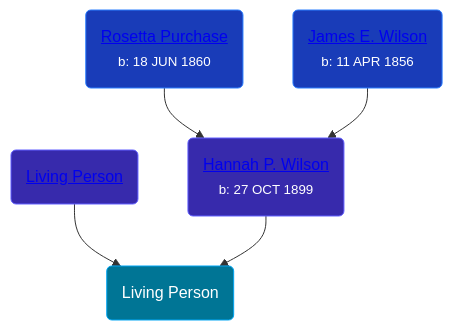
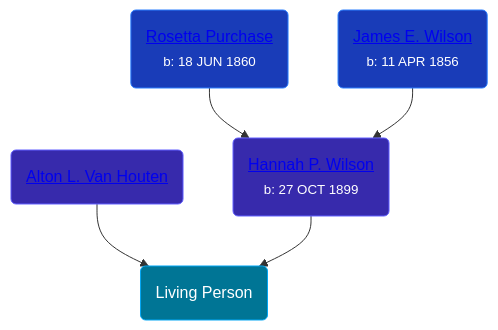
The diagram in pages/people/7/71073164.md (wpmgotkh/wpmgotkh.github.io), drawn with Mermaid before and after one commit. The commit also changed other lines of this file and 586 other files, not shown here.

Commit message:
feat: better shouldConsiderPersonLiving algo

````diff
--- a/pages/people/7/71073164.md
+++ b/pages/people/7/71073164.md
@@ -10,11 +10,11 @@
 ```mermaid
 graph
 classDef grands fill:#193cb8,stroke:#2b7fff,stroke-width:1px,color:#fff;
 classDef parents fill:#372aac,stroke:#615fff,stroke-width:1px,color:#fff;
 classDef primary fill:#007595,stroke:#00a6f4,stroke-width:1px,color:#fff;
 71073164(Living Person):::primary
-51690460(<a class="text-white" href="/people/5/51690460">Living Person</a>):::parents-->71073164
+51690460(<a class="text-white" href="/people/5/51690460">Alton L. Van Houten</a>):::parents-->71073164
 21937522(<a class="text-white" href="/people/2/21937522">Hannah P. Wilson</a><br /><small>b: 27 OCT 1899</small>):::parents-->71073164
 27770192(<a class="text-white" href="/people/2/27770192">Rosetta Purchase</a><br /><small>b: 18 JUN 1860</small>):::grands-->21937522
 54950695(<a class="text-white" href="/people/5/54950695">James E. Wilson</a><br /><small>b: 11 APR 1856</small>):::grands-->21937522
 ```
````
